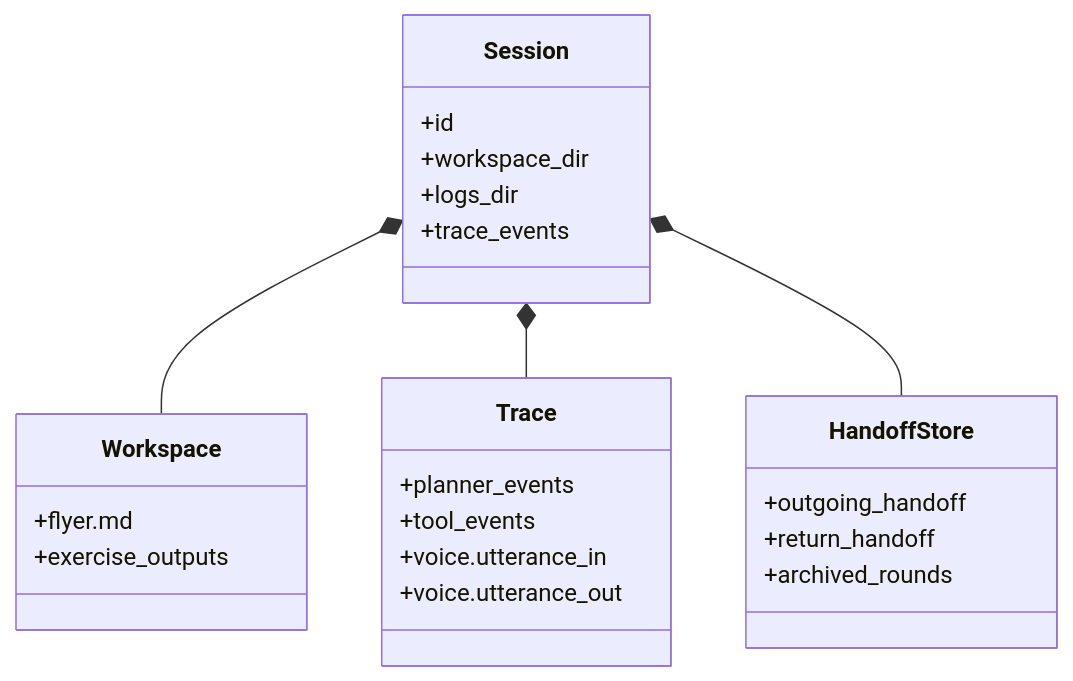
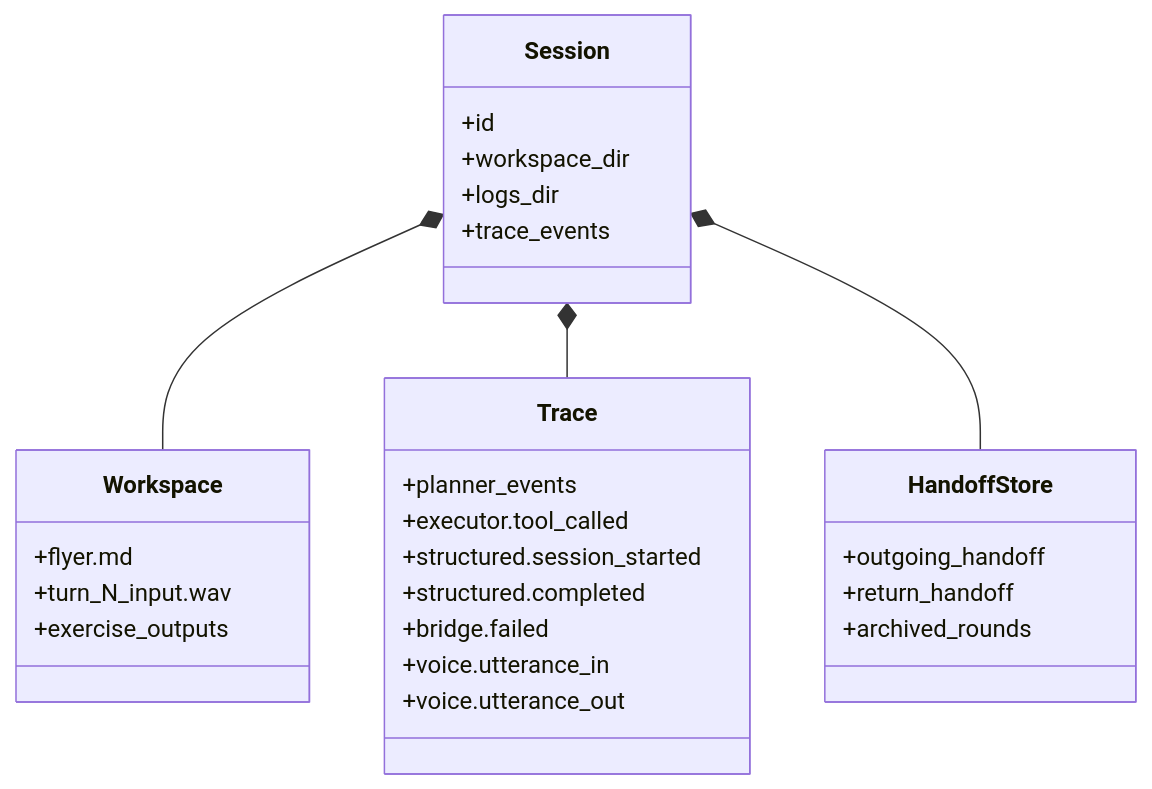
Before and after one commit to khab40/homework-pub-booking: the third of 3 diagrams in docs/architecture/system-overview.md, drawn with Mermaid. The commit also changed other lines of this file and 121 other files, not shown here.

````diff
--- a/docs/architecture/system-overview.md
+++ b/docs/architecture/system-overview.md
@@ -73,31 +73,35 @@
 ```mermaid
 classDiagram
     class Session {
         +id
         +workspace_dir
         +logs_dir
         +trace_events
     }
 
     class Workspace {
         +flyer.md
+        +turn_N_input.wav
         +exercise_outputs
     }
 
     class Trace {
         +planner_events
-        +tool_events
+        +executor.tool_called
+        +structured.session_started
+        +structured.completed
+        +bridge.failed
         +voice.utterance_in
         +voice.utterance_out
     }
 
     class HandoffStore {
         +outgoing_handoff
         +return_handoff
         +archived_rounds
     }
 
     Session *-- Workspace
     Session *-- Trace
     Session *-- HandoffStore
 ```
````
